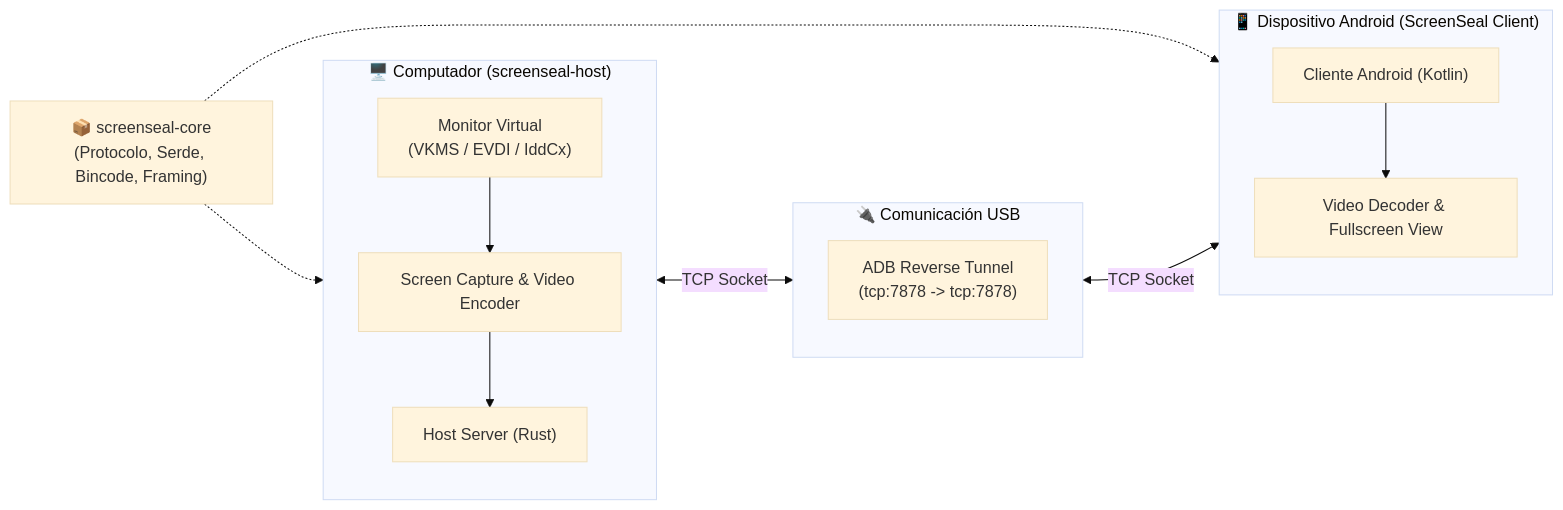
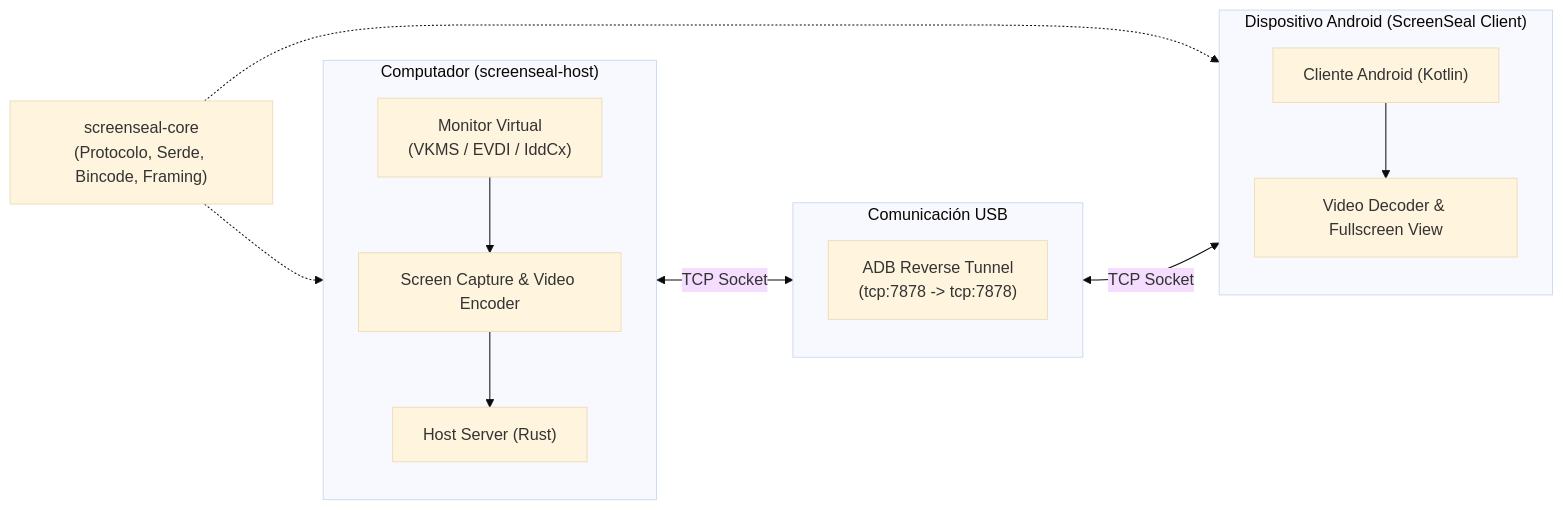
Before and after one commit to diegoDarwitg/ScreenSeal: the diagram in README.md, drawn with Mermaid (base theme). The commit also changed other lines of this file, not shown here.

````diff
--- a/README.md
+++ b/README.md
@@ -40,26 +40,26 @@
 ```mermaid
 flowchart LR
-    subgraph PC["🖥️ Computador (screenseal-host)"]
+    subgraph PC["Computador (screenseal-host)"]
         direction TB
         Host["Host Server (Rust)"]
         VMon["Monitor Virtual<br/>(VKMS / EVDI / IddCx)"]
         Encoder["Screen Capture & Video Encoder"]
         VMon --> Encoder --> Host
     end
 
-    subgraph Comm["🔌 Comunicación USB"]
+    subgraph Comm[" Comunicación USB"]
         direction TB
         ADB["ADB Reverse Tunnel<br/>(tcp:7878 -> tcp:7878)"]
     end
 
-    subgraph Device["📱 Dispositivo Android (ScreenSeal Client)"]
+    subgraph Device[" Dispositivo Android (ScreenSeal Client)"]
         direction TB
         Client["Cliente Android (Kotlin)"]
         Decoder["Video Decoder & Fullscreen View"]
         Client --> Decoder
     end
 
     Host <-->|TCP Socket| ADB <-->|TCP Socket| Client
-    Core["📦 screenseal-core<br/>(Protocolo, Serde, Bincode, Framing)"] -.-> Host
+    Core[" screenseal-core<br/>(Protocolo, Serde, Bincode, Framing)"] -.-> Host
     Core -.-> Client
 ```
````
